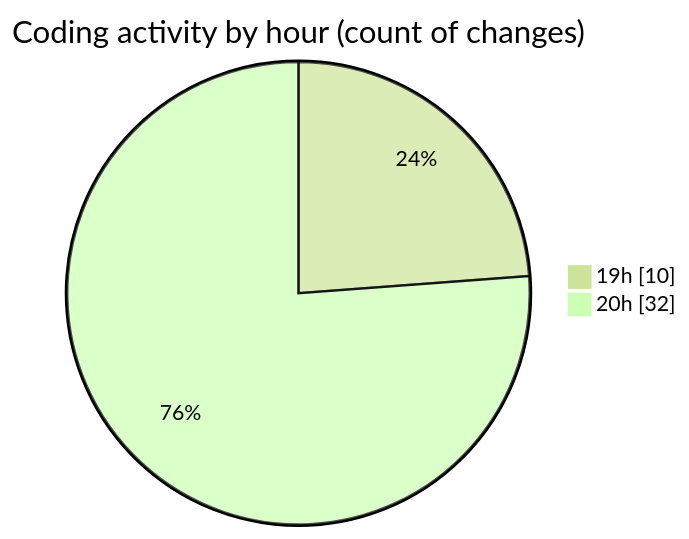
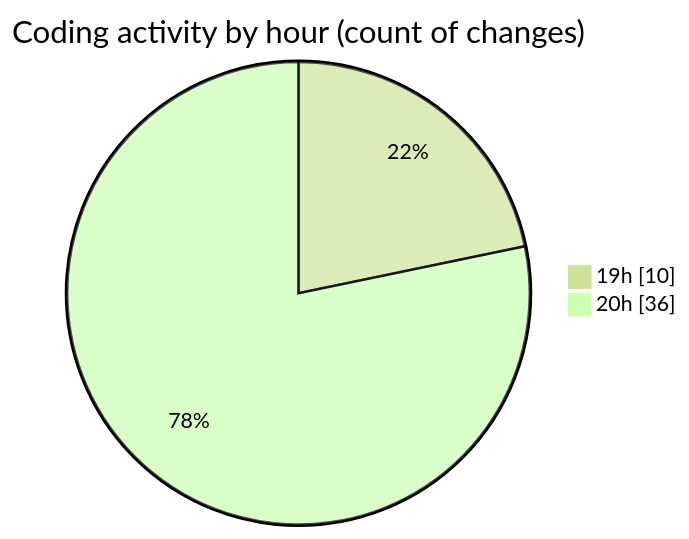
One commit to charlie-sans/code-tracking changed the second of 2 diagrams in 2025-01-28/trollerboard/README.md. Above: the diagram before and after it, drawn with Mermaid (forest theme). The commit also changed other lines of this file and 1 other file, not shown here.

````diff
--- a/2025-01-28/trollerboard/README.md
+++ b/2025-01-28/trollerboard/README.md
@@ -37,6 +37,6 @@
 ```mermaid
 pie showData
 title Coding activity by hour (count of changes)
 "19h" : 10
-"20h" : 32
+"20h" : 36
 ```
````
